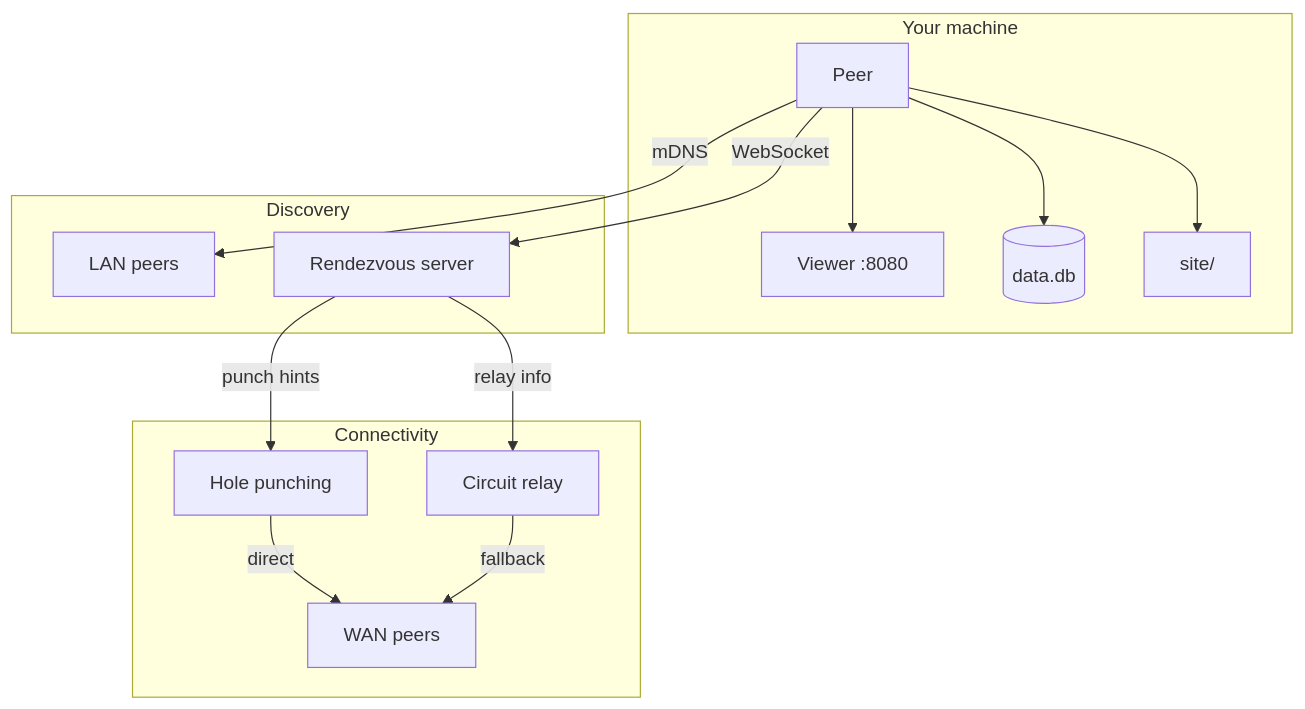
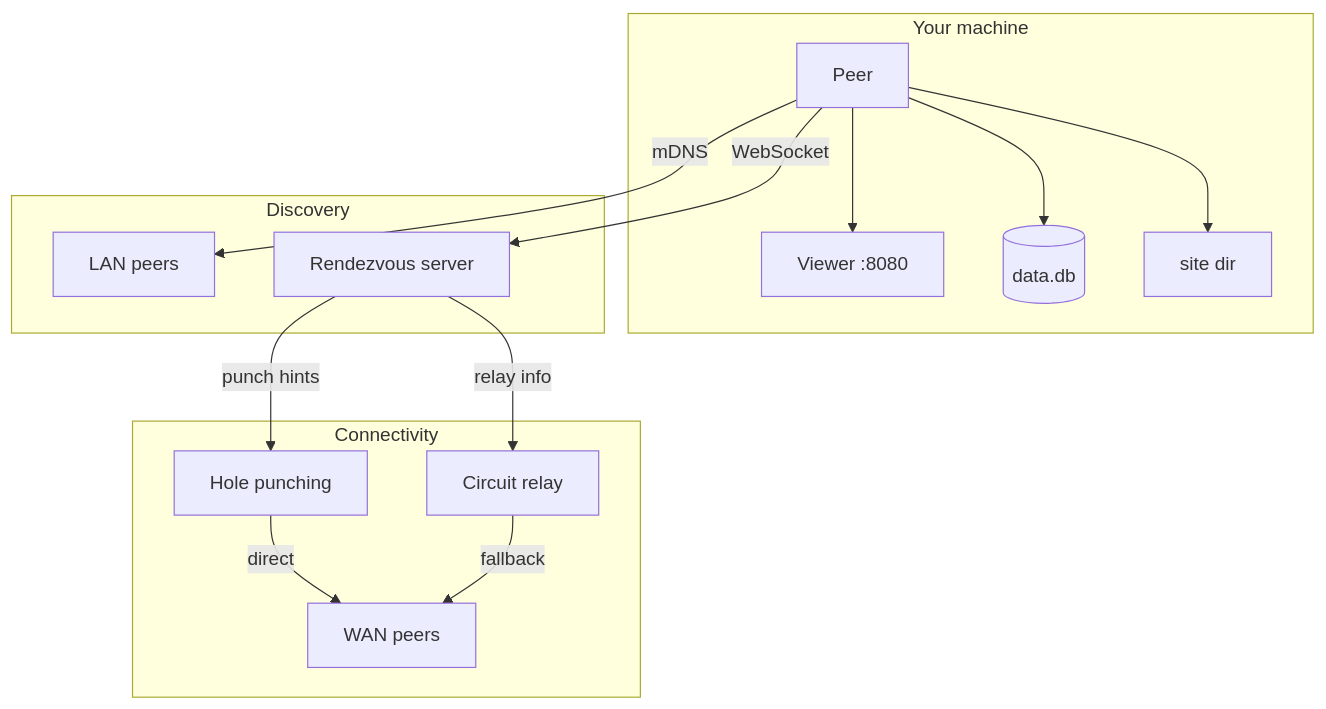
The diagram in internal/rendezvous/docs/01-overview.md (petervdpas/goop2), drawn with Mermaid before and after one commit. The commit also changed 9 other files, not shown here.

````diff
--- a/internal/rendezvous/docs/01-overview.md
+++ b/internal/rendezvous/docs/01-overview.md
@@ -22,20 +22,20 @@
 ```mermaid
 graph TB
     subgraph "Your machine"
-        P[Peer] --> V[Viewer :8080]
-        P --> DB[(data.db)]
-        P --> S[site/]
+        P["Peer"] --> V["Viewer :8080"]
+        P --> DB[("data.db")]
+        P --> S["site dir"]
     end
 
     subgraph "Discovery"
-        P -->|mDNS| LAN[LAN peers]
-        P -->|WebSocket| RV[Rendezvous server]
+        P -->|mDNS| LAN["LAN peers"]
+        P -->|WebSocket| RV["Rendezvous server"]
     end
 
     subgraph "Connectivity"
-        RV -->|punch hints| PH[Hole punching]
-        RV -->|relay info| RL[Circuit relay]
-        PH -->|direct| WAN[WAN peers]
+        RV -->|punch hints| PH["Hole punching"]
+        RV -->|relay info| RL["Circuit relay"]
+        PH -->|direct| WAN["WAN peers"]
         RL -->|fallback| WAN
     end
 ```
````
